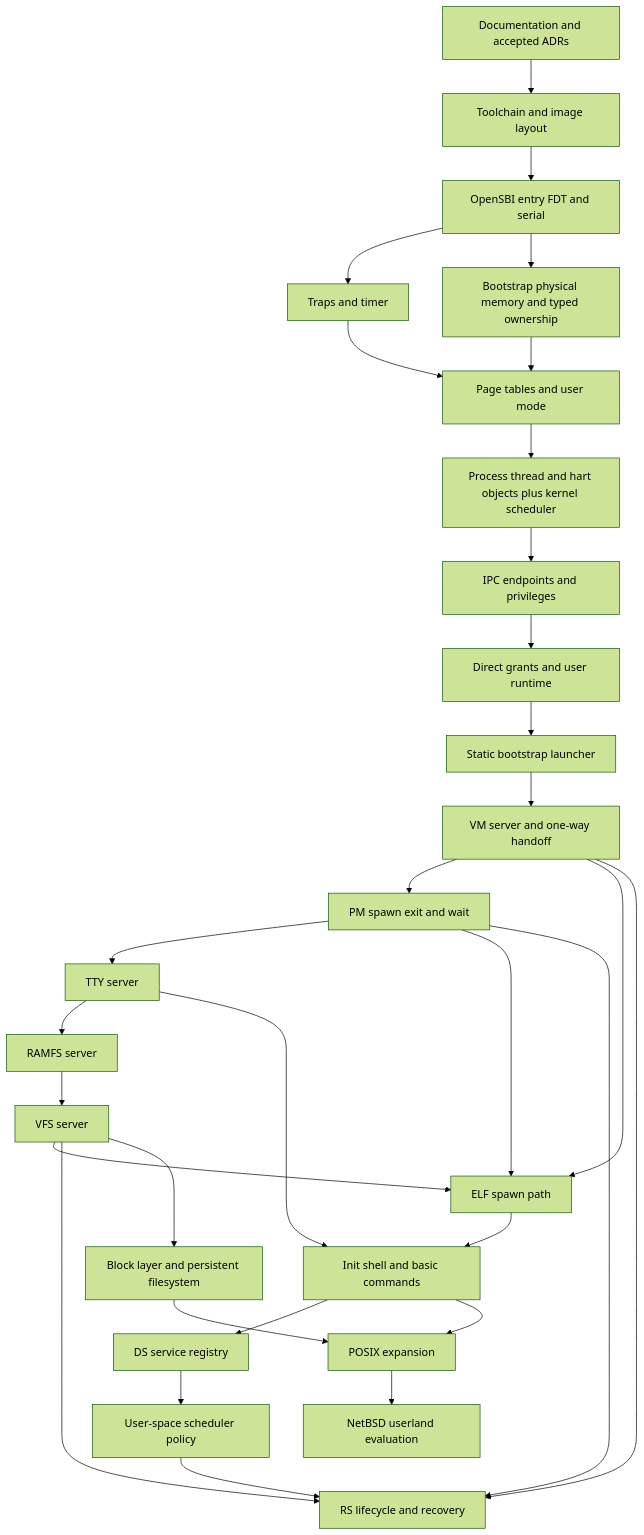
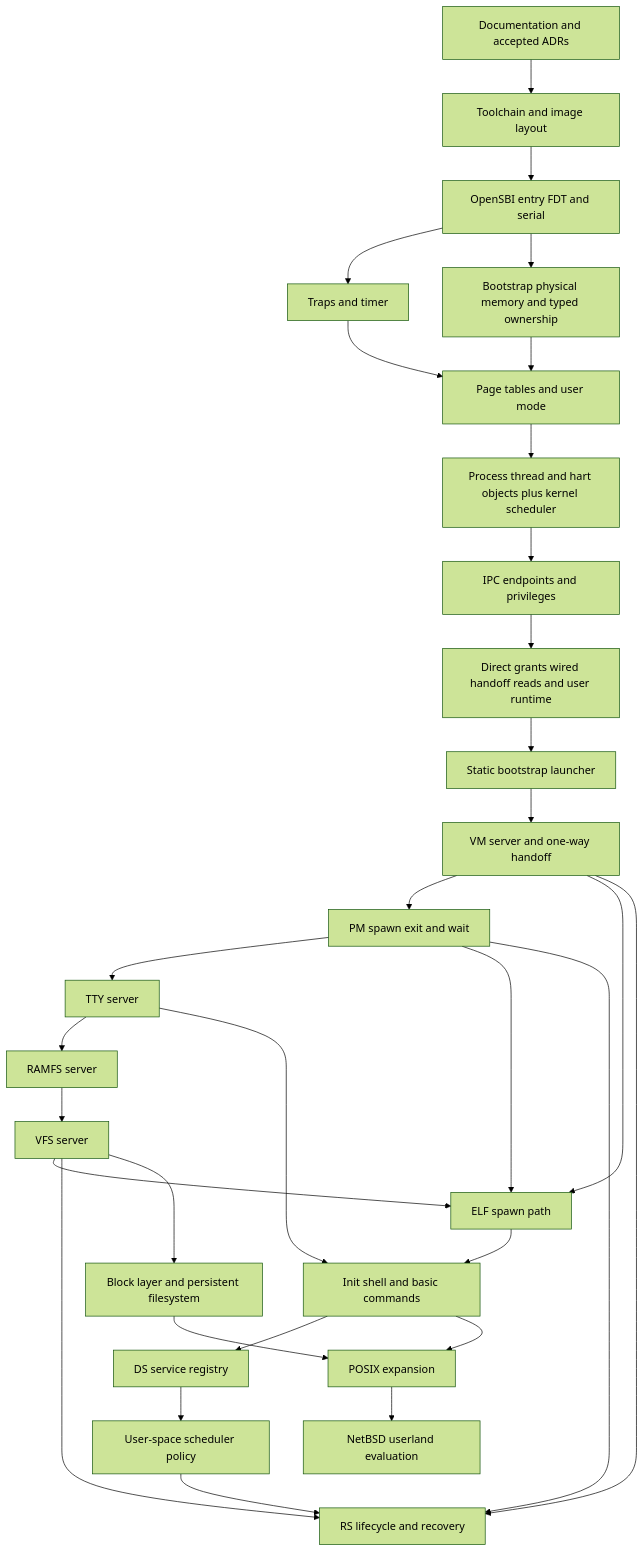
Before and after one commit to algorithm-apprentice/micros: the diagram in docs/architecture/development-dag.md, drawn with Mermaid (forest theme). The commit also changed other lines of this file and 7 other files, not shown here.

First line of the commit message:
docs: design post-handoff wired resolution (#67)

````diff
--- a/docs/architecture/development-dag.md
+++ b/docs/architecture/development-dag.md
@@ -16,57 +16,57 @@
 ```mermaid
 flowchart TD
     A[Documentation and accepted ADRs]
     B[Toolchain and image layout]
     C[OpenSBI entry FDT and serial]
     D[Traps and timer]
     E[Bootstrap physical memory and typed ownership]
     F[Page tables and user mode]
     G[Process thread and hart objects plus kernel scheduler]
     H[IPC endpoints and privileges]
-    I[Direct grants and user runtime]
+    I[Direct grants wired handoff reads and user runtime]
     J[Static bootstrap launcher]
     K[VM server and one-way handoff]
     L[PM spawn exit and wait]
     M[TTY server]
     N[RAMFS server]
     O[VFS server]
     P[ELF spawn path]
     Q[Init shell and basic commands]
     R[DS service registry]
     S[User-space scheduler policy]
     T[RS lifecycle and recovery]
     U[Block layer and persistent filesystem]
     V[POSIX expansion]
     W[NetBSD userland evaluation]
 
     A --> B
     B --> C
     C --> D
     C --> E
     D --> F
     E --> F
     F --> G
     G --> H
     H --> I
     I --> J
     J --> K
     K --> L
     L --> M
     M --> N
     N --> O
     O --> P
     K --> P
     L --> P
     P --> Q
     M --> Q
     Q --> R
     R --> S
     S --> T
     K --> T
     L --> T
     O --> T
     O --> U
     Q --> V
     U --> V
     V --> W
 ```
````
